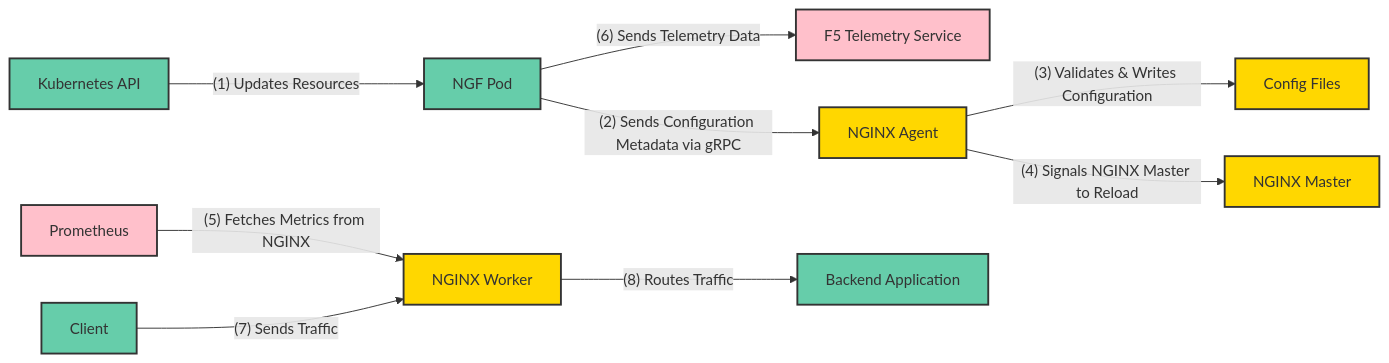
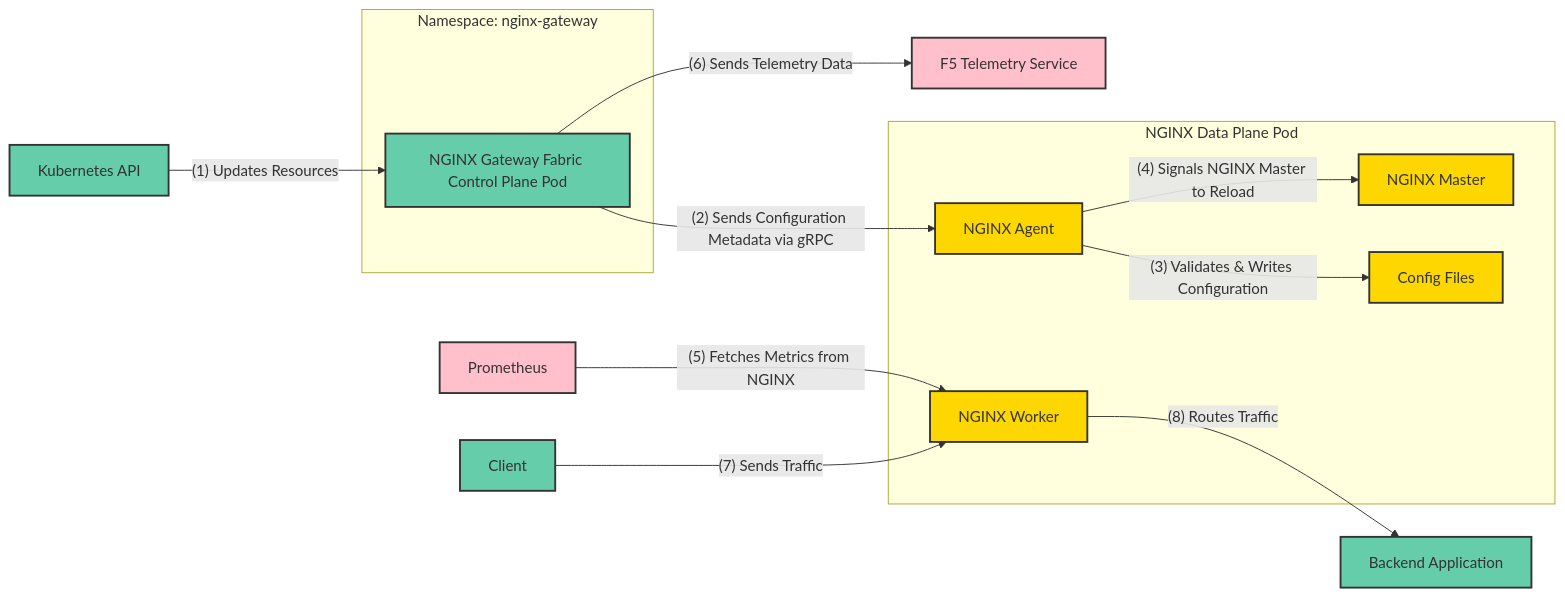
One commit to nginx/documentation changed the second of 2 diagrams in content/ngf/overview/gateway-architecture.md. Above: the diagram before and after it, drawn with Mermaid. The commit also changed other lines of this file, not shown here.

Commit message:
update diagrams based on reviews

````diff
--- a/content/ngf/overview/gateway-architecture.md
+++ b/content/ngf/overview/gateway-architecture.md
@@ -180,39 +182,45 @@
 ```mermaid
 graph LR
     %% Main Components
-    KubernetesAPI[Kubernetes API]
+    subgraph nginx-gateway["Namespace: nginx-gateway"]
+        NGFPod[NGINX Gateway Fabric Control Plane Pod]
+    end
+    
+    subgraph NGINXDataPlane["NGINX Data Plane Pod"]
+        NGINXAgent[NGINX Agent]
+        NGINXMaster[NGINX Master]
+        NGINXWorker[NGINX Worker]
+        ConfigFiles[Config Files]
+    end
+
     F5Telemetry[F5 Telemetry Service]
     PrometheusMonitor[Prometheus]
-    NGFPod[NGF Pod]
-    NGINXAgent[NGINX Agent]
-    NGINXMaster[NGINX Master]
-    NGINXWorker[NGINX Worker]
-    ConfigFiles[Config Files]
+    KubernetesAPI[Kubernetes API]
     Client[Client]
     BackendApplication[Backend Application]
 
     %% High-Level Configuration Flow
     KubernetesAPI -->|"(1) Updates Resources"| NGFPod
     NGFPod -->|"(2) Sends Configuration Metadata via gRPC"| NGINXAgent
     NGINXAgent -->|"(3) Validates & Writes Configuration"| ConfigFiles
     NGINXAgent -->|"(4) Signals NGINX Master to Reload"| NGINXMaster
 
     %% Prometheus Monitoring
     PrometheusMonitor -->|"(5) Fetches Metrics from NGINX"| NGINXWorker
 
     %% Telemetry Data
     NGFPod -->|"(6) Sends Telemetry Data"| F5Telemetry
 
     %% Client Traffic Flow
     Client -->|"(7) Sends Traffic"| NGINXWorker
     NGINXWorker -->|"(8) Routes Traffic"| BackendApplication
 
     %% Styling
     classDef important fill:#66CDAA,stroke:#333,stroke-width:2px;
     classDef metrics fill:#FFC0CB,stroke:#333,stroke-width:2px;
     classDef io fill:#FFD700,stroke:#333,stroke-width:2px;
     class KubernetesAPI,NGFPod important;
     class PrometheusMonitor,F5Telemetry metrics;
     class NGINXAgent,NGINXMaster,NGINXWorker,ConfigFiles io;
     class Client,BackendApplication important;
 ```
````
